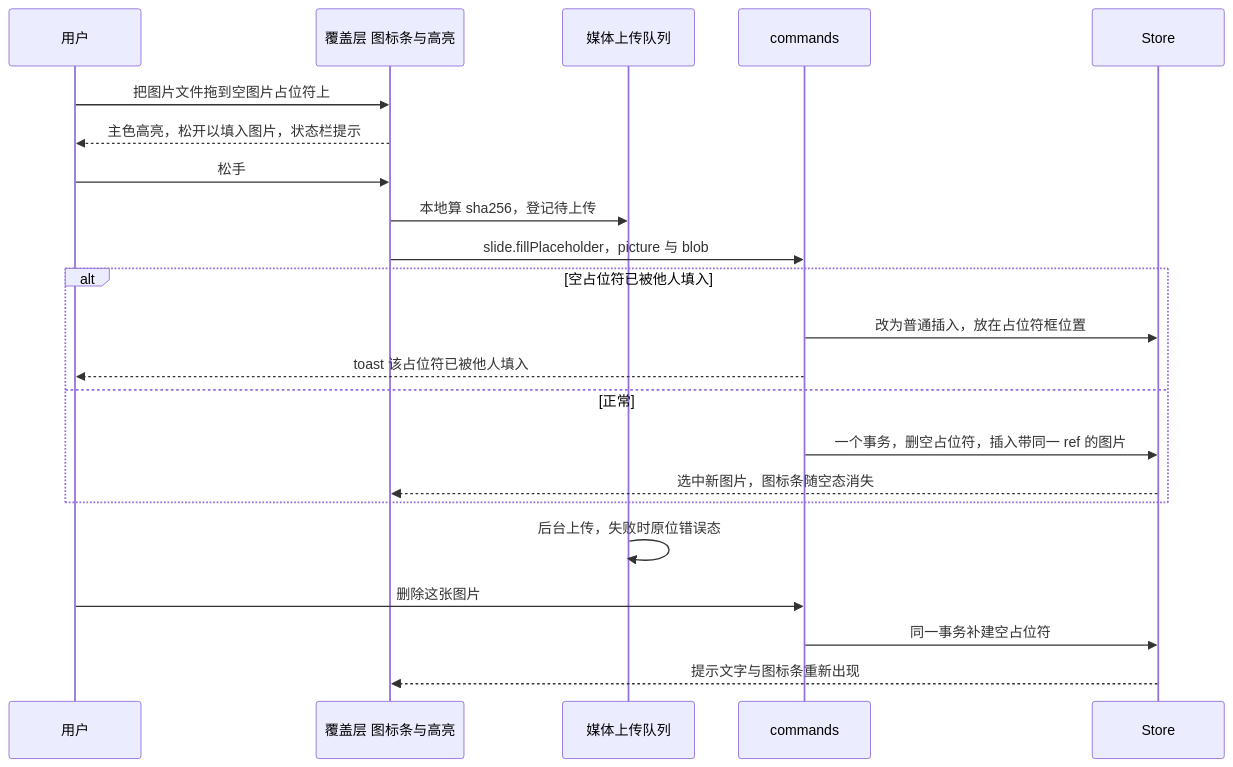
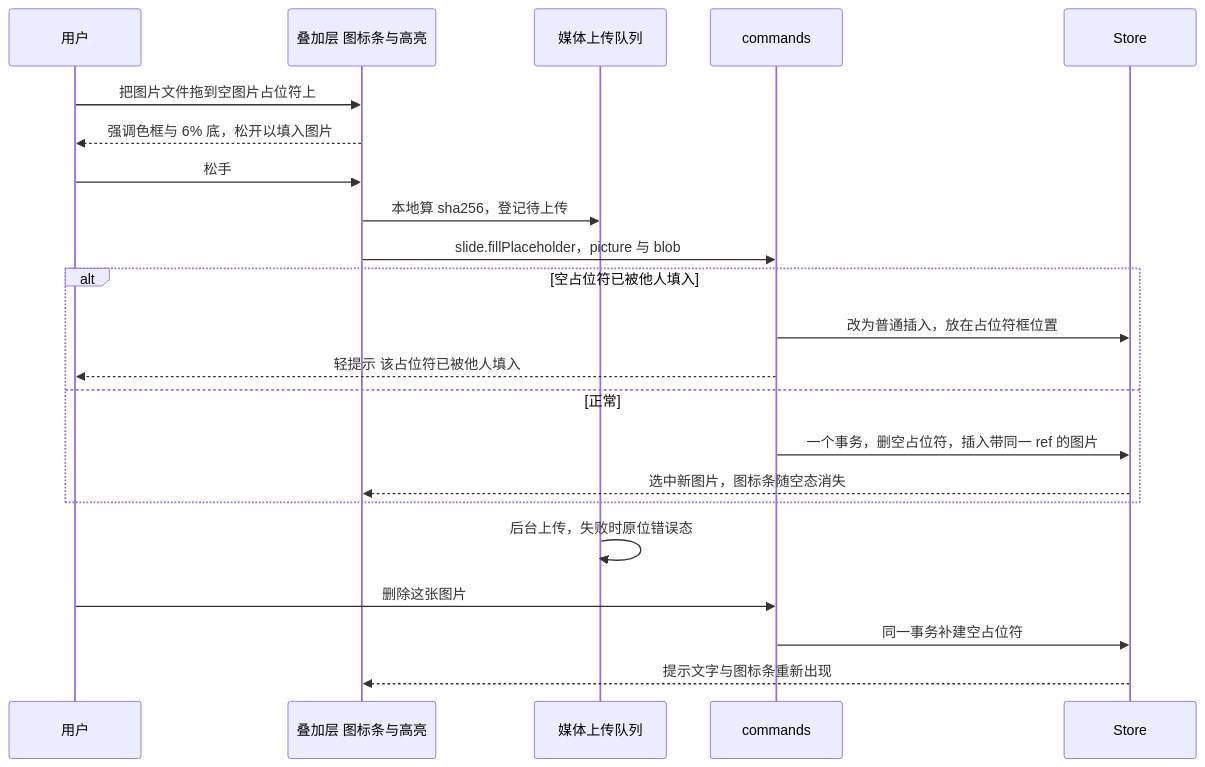
One commit to Xeonice/cordis-ppt-editor changed the fourth of 6 diagrams in docs/20-design/03-screens/16-text-editing-and-formatting.md. Above: the diagram before and after it, drawn with Mermaid. The commit also changed other lines of this file and 44 other files, not shown here.

````diff
--- a/docs/20-design/03-screens/16-text-editing-and-formatting.md
+++ b/docs/20-design/03-screens/16-text-editing-and-formatting.md
@@ -305,24 +509,24 @@
 ```mermaid
 sequenceDiagram
   participant user as 用户
-  participant ov as 覆盖层 图标条与高亮
+  participant ov as 叠加层 图标条与高亮
   participant up as 媒体上传队列
   participant cmd as commands
   participant store as Store
   user->>ov: 把图片文件拖到空图片占位符上
-  ov-->>user: 主色高亮，松开以填入图片，状态栏提示
+  ov-->>user: 强调色框与 6% 底，松开以填入图片
   user->>ov: 松手
   ov->>up: 本地算 sha256，登记待上传
   ov->>cmd: slide.fillPlaceholder，picture 与 blob
   alt 空占位符已被他人填入
     cmd->>store: 改为普通插入，放在占位符框位置
-    cmd-->>user: toast 该占位符已被他人填入
+    cmd-->>user: 轻提示 该占位符已被他人填入
   else 正常
     cmd->>store: 一个事务，删空占位符，插入带同一 ref 的图片
     store-->>ov: 选中新图片，图标条随空态消失
   end
   up->>up: 后台上传，失败时原位错误态
   user->>cmd: 删除这张图片
   cmd->>store: 同一事务补建空占位符
   store-->>ov: 提示文字与图标条重新出现
 ```
````
